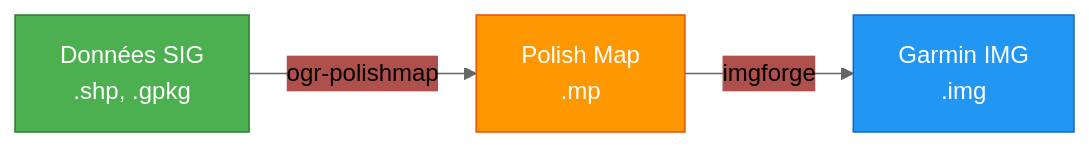
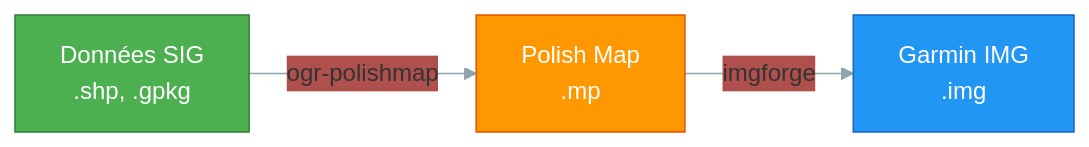
Before and after one commit to allfab/garmin-img-forge: the diagram in site/docs/01-le-projet/ogr-polishmap.md, drawn with Mermaid. The commit also changed 8 other files, not shown here.

First line of the commit message:
fix(site): uniformiser le fond hero avec le thème et améliorer le contraste mermaid

````diff
--- a/site/docs/01-le-projet/ogr-polishmap.md
+++ b/site/docs/01-le-projet/ogr-polishmap.md
@@ -102,10 +102,10 @@
 ```mermaid
-%%{init: {'theme': 'base', 'themeVariables': {'primaryColor': '#4caf50', 'primaryTextColor': '#000', 'lineColor': '#666'}}}%%
+%%{init: {'theme': 'base', 'themeVariables': {'primaryColor': '#4caf50', 'lineColor': '#90a4ae'}}}%%
 flowchart LR
     A["Données SIG<br/>.shp, .gpkg"] -->|ogr-polishmap| B["Polish Map<br/>.mp"]
     B -->|imgforge| C["Garmin IMG<br/>.img"]
 
     style A fill:#4caf50,stroke:#2e7d32,color:#fff
     style B fill:#ff9800,stroke:#e65100,color:#fff
     style C fill:#2196f3,stroke:#1565c0,color:#fff
 ```
````
